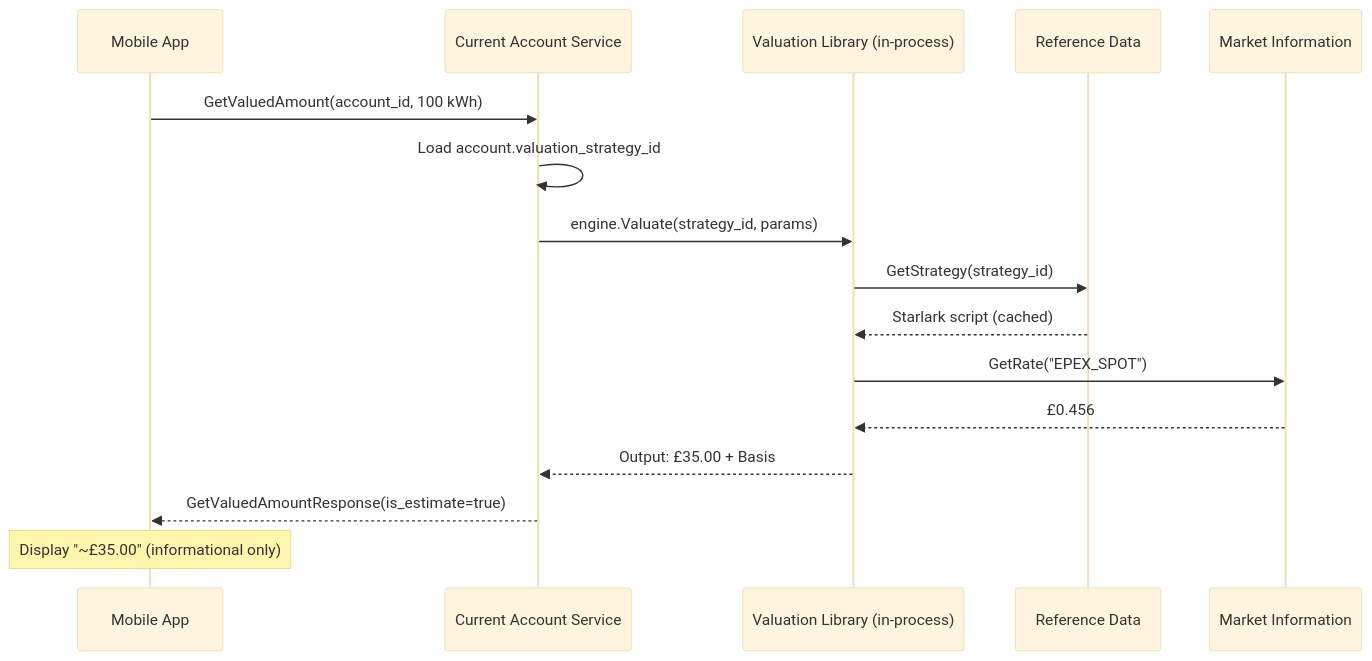
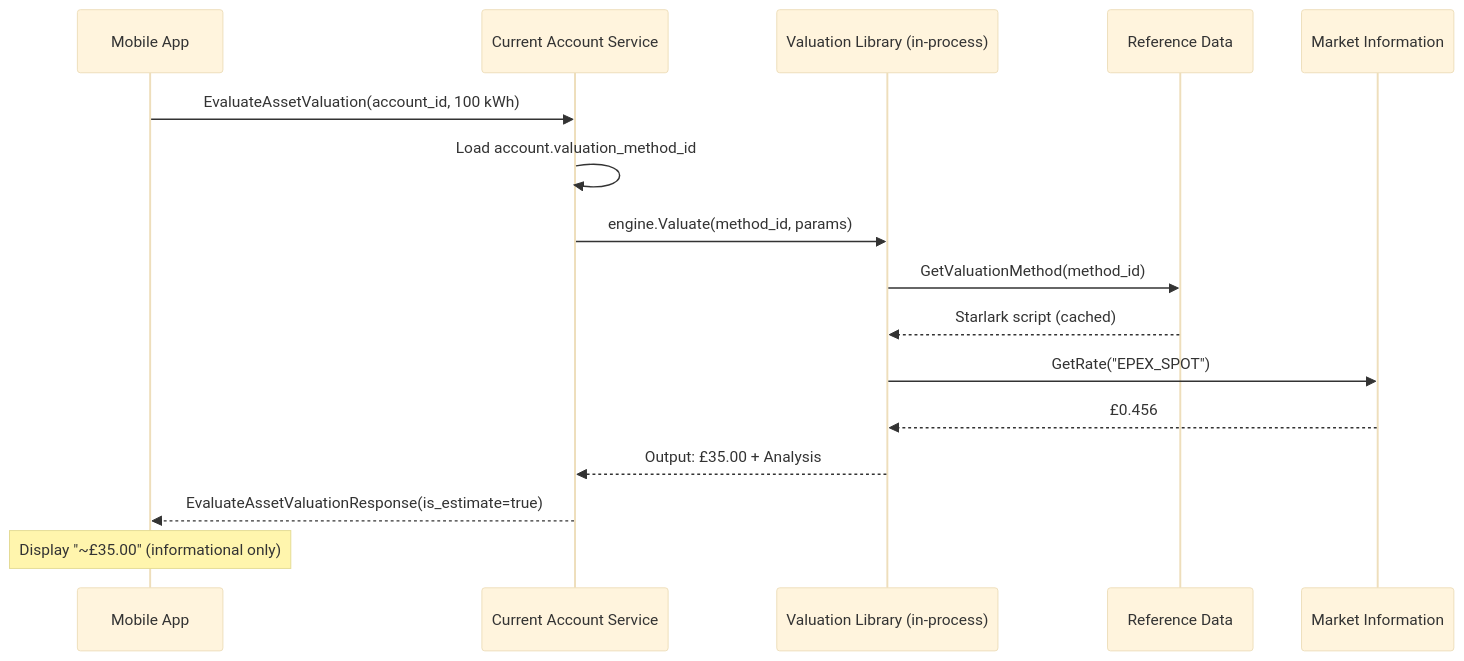
Before and after one commit to meridianhub/meridian: the second of 2 diagrams in docs/prd/valuation-service.md, drawn with Mermaid (base theme). The commit also changed other lines of this file, not shown here.

First line of the commit message:
docs(prd): Update valuation PRD to v2.9 with full BIAN alignment

````diff
--- a/docs/prd/valuation-service.md
+++ b/docs/prd/valuation-service.md
@@ -1618,22 +1753,22 @@
 ```mermaid
 sequenceDiagram
     participant App as Mobile App
     participant Account as Current Account Service
     participant Lib as Valuation Library (in-process)
     participant Ref as Reference Data
     participant MIM as Market Information
 
-    App->>Account: GetValuedAmount(account_id, 100 kWh)
-    Account->>Account: Load account.valuation_strategy_id
+    App->>Account: EvaluateAssetValuation(account_id, 100 kWh)
+    Account->>Account: Load account.valuation_method_id
 
-    Account->>Lib: engine.Valuate(strategy_id, params)
-    Lib->>Ref: GetStrategy(strategy_id)
+    Account->>Lib: engine.Valuate(method_id, params)
+    Lib->>Ref: GetValuationMethod(method_id)
     Ref-->>Lib: Starlark script (cached)
     Lib->>MIM: GetRate("EPEX_SPOT")
     MIM-->>Lib: £0.456
-    Lib-->>Account: Output: £35.00 + Basis
+    Lib-->>Account: Output: £35.00 + Analysis
 
-    Account-->>App: GetValuedAmountResponse(is_estimate=true)
+    Account-->>App: EvaluateAssetValuationResponse(is_estimate=true)
 
     Note over App: Display "~£35.00" (informational only)
 ```
````
